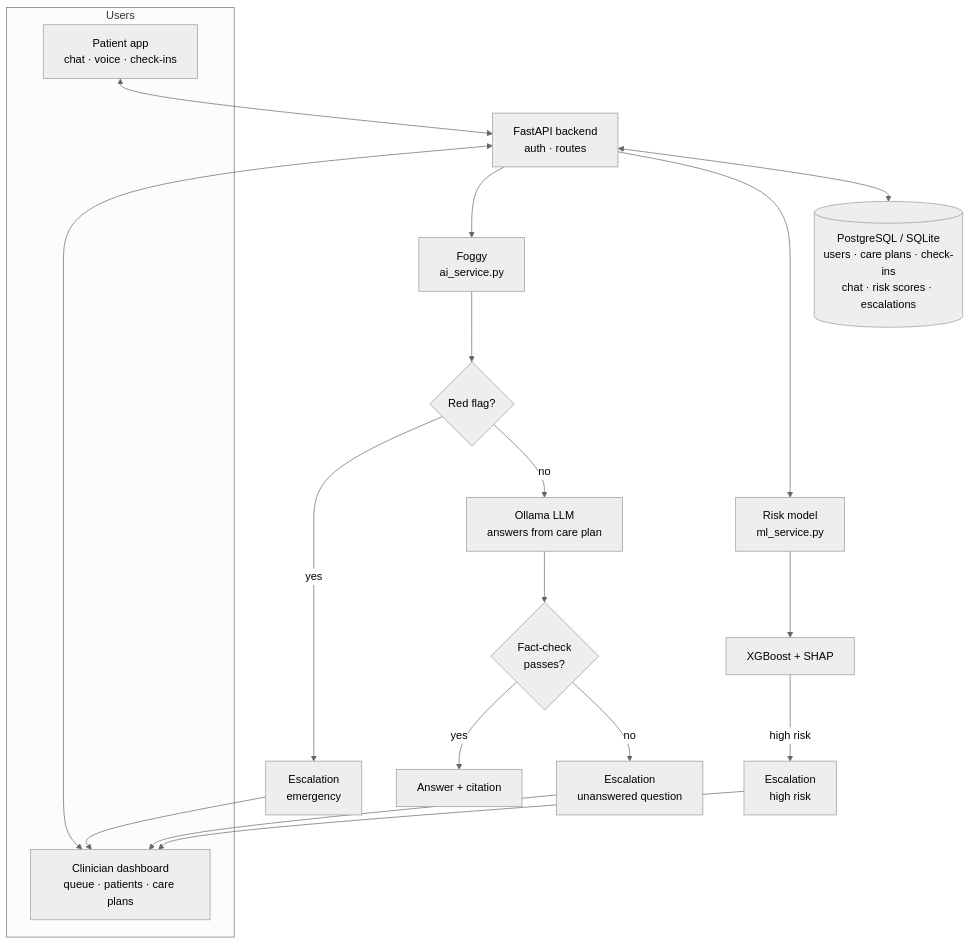
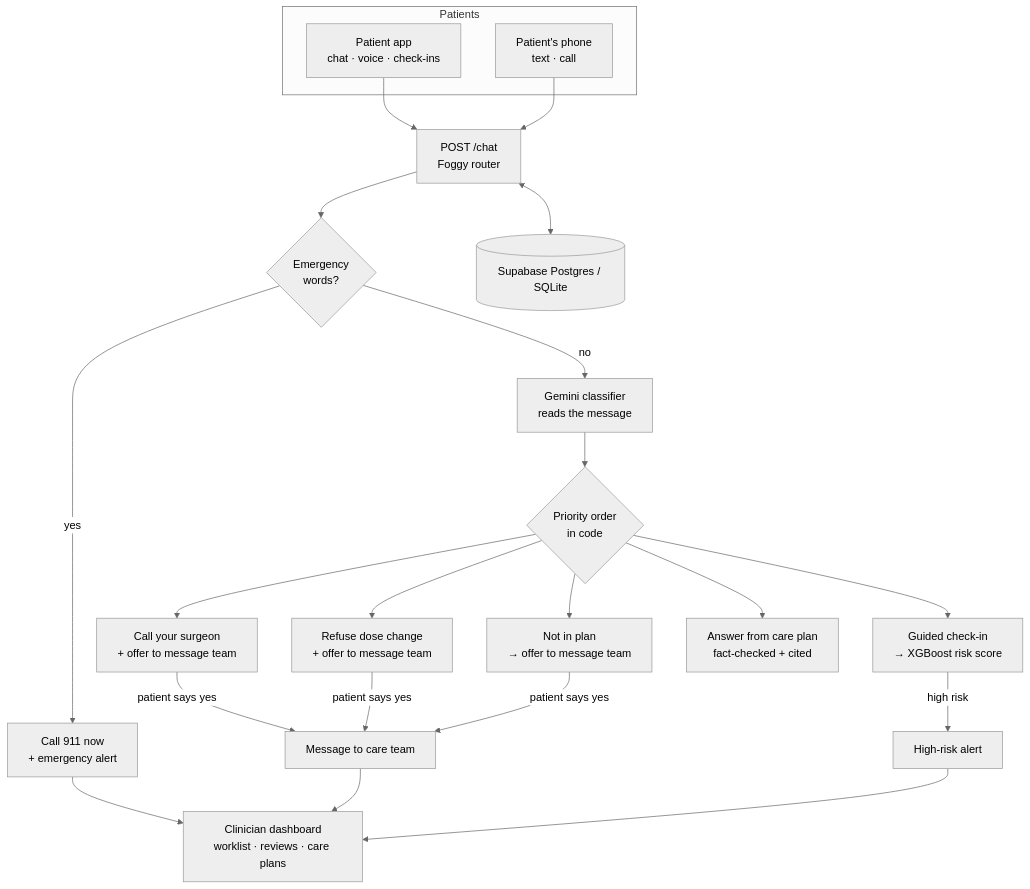
The diagram in README.md (barbarakotlan/CloudCare), drawn with Mermaid (neutral theme) before and after one commit. The commit also changed other lines of this file, not shown here.

Commit message:
README: Gemini Foggy, phone outreach, worklist, current API

````diff
--- a/README.md
+++ b/README.md
@@ -45,20 +57,22 @@
 ```mermaid
 flowchart TB
-    subgraph Users
+    subgraph Patients
         P[Patient app<br/>chat · voice · check-ins]
-        C[Clinician dashboard<br/>queue · patients · care plans]
+        PH[Patient's phone<br/>text · call]
     end
-    P & C <--> API[FastAPI backend<br/>auth · routes]
-    API --> F[Foggy<br/>ai_service.py]
-    API --> R[Risk model<br/>ml_service.py]
-    F --> RF{Red flag?}
-    RF -- yes --> ESC[Escalation<br/>emergency]
-    RF -- no --> LLM[Ollama LLM<br/>answers from care plan]
-    LLM --> FC{Fact-check<br/>passes?}
-    FC -- yes --> ANS[Answer + citation]
-    FC -- no --> ESC2[Escalation<br/>unanswered question]
-    R --> XGB[XGBoost + SHAP]
-    XGB -- high risk --> ESC3[Escalation<br/>high risk]
-    API <--> DB[(PostgreSQL / SQLite<br/>users · care plans · check-ins<br/>chat · risk scores · escalations)]
-    ESC & ESC2 & ESC3 --> C
+    C[Clinician dashboard<br/>worklist · reviews · care plans]
+    P & PH --> CHAT[POST /chat<br/>Foggy router]
+    CHAT --> EM{Emergency<br/>words?}
+    EM -- yes --> E911[Call 911 now<br/>+ emergency alert]
+    EM -- no --> CL[Gemini classifier<br/>reads the message]
+    CL --> RT{Priority order<br/>in code}
+    RT --> SUR[Call your surgeon<br/>+ offer to message team]
+    RT --> DOSE[Refuse dose change<br/>+ offer to message team]
+    RT --> CHK[Guided check-in<br/>→ XGBoost risk score]
+    RT --> NIP[Not in plan<br/>→ offer to message team]
+    RT --> ANS[Answer from care plan<br/>fact-checked + cited]
+    SUR & DOSE & NIP -- patient says yes --> MSG[Message to care team]
+    CHK -- high risk --> HR[High-risk alert]
+    E911 & MSG & HR --> C
+    CHAT <--> DB[(Supabase Postgres / SQLite)]
 ```
````
